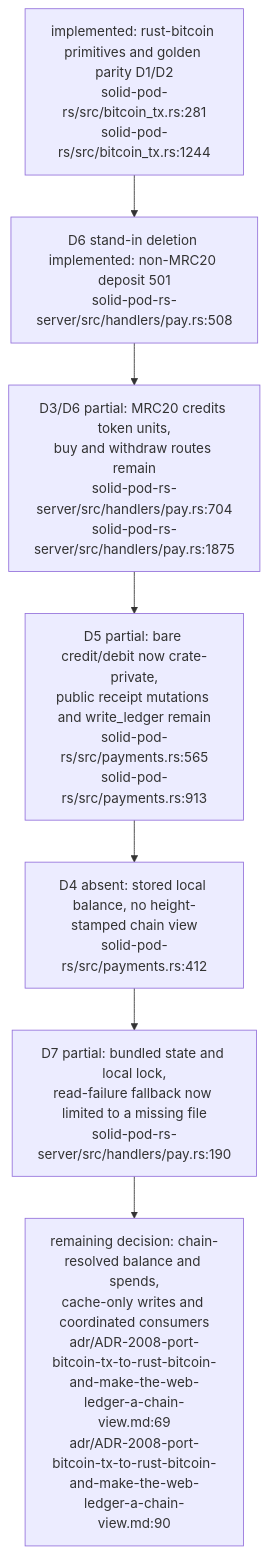
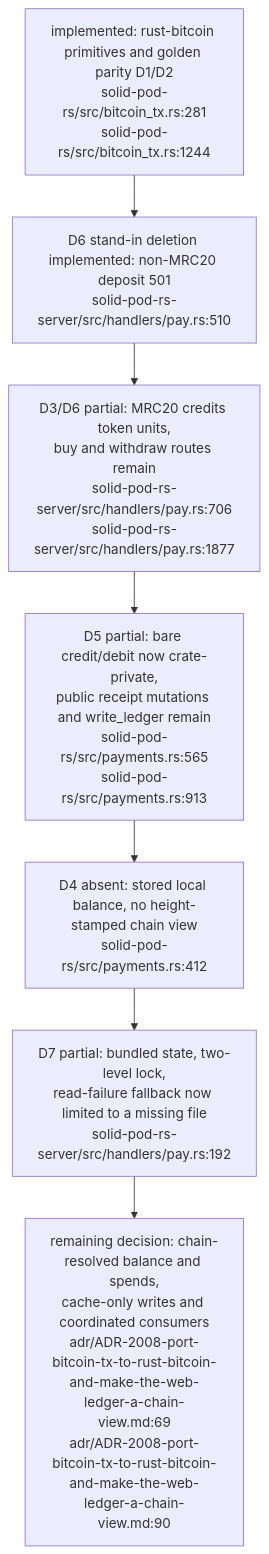
Diagram 17 of 19 in docs/diagrams/solid-pod-rs/07-provenance-and-payments.md (DreamLab-AI/VisionFlow), drawn with Mermaid before and after one commit. The commit also changed other lines of this file and 2 other files, not shown here.

First line of the commit message:
docs(diagrams): SP-07, SP-10, SP-15 re-verified at solid-pod-rs a28a748

````diff
--- a/docs/diagrams/solid-pod-rs/07-provenance-and-payments.md
+++ b/docs/diagrams/solid-pod-rs/07-provenance-and-payments.md
@@ -493,11 +499,11 @@
 ```mermaid
 flowchart TD
     PORT["implemented: rust-bitcoin primitives and golden parity D1/D2<br/>solid-pod-rs/src/bitcoin_tx.rs:281<br/>solid-pod-rs/src/bitcoin_tx.rs:1244"]
-    TXO["D6 stand-in deletion implemented: non-MRC20 deposit 501<br/>solid-pod-rs-server/src/handlers/pay.rs:508"]
-    MRC["D3/D6 partial: MRC20 credits token units,<br/>buy and withdraw routes remain<br/>solid-pod-rs-server/src/handlers/pay.rs:704<br/>solid-pod-rs-server/src/handlers/pay.rs:1875"]
+    TXO["D6 stand-in deletion implemented: non-MRC20 deposit 501<br/>solid-pod-rs-server/src/handlers/pay.rs:510"]
+    MRC["D3/D6 partial: MRC20 credits token units,<br/>buy and withdraw routes remain<br/>solid-pod-rs-server/src/handlers/pay.rs:706<br/>solid-pod-rs-server/src/handlers/pay.rs:1877"]
     API["D5 partial: bare credit/debit now crate-private,<br/>public receipt mutations and write_ledger remain<br/>solid-pod-rs/src/payments.rs:565<br/>solid-pod-rs/src/payments.rs:913"]
     LOCAL["D4 absent: stored local balance, no height-stamped chain view<br/>solid-pod-rs/src/payments.rs:412"]
-    ATOMIC["D7 partial: bundled state and local lock,<br/>read-failure fallback now limited to a missing file<br/>solid-pod-rs-server/src/handlers/pay.rs:190"]
+    ATOMIC["D7 partial: bundled state, two-level lock,<br/>read-failure fallback now limited to a missing file<br/>solid-pod-rs-server/src/handlers/pay.rs:192"]
     PLAN["remaining decision: chain-resolved balance and spends,<br/>cache-only writes and coordinated consumers<br/>adr/ADR-2008-port-bitcoin-tx-to-rust-bitcoin-and-make-the-web-ledger-a-chain-view.md:69<br/>adr/ADR-2008-port-bitcoin-tx-to-rust-bitcoin-and-make-the-web-ledger-a-chain-view.md:90"]
     PORT --> TXO --> MRC --> API --> LOCAL --> ATOMIC --> PLAN
 ```
````
